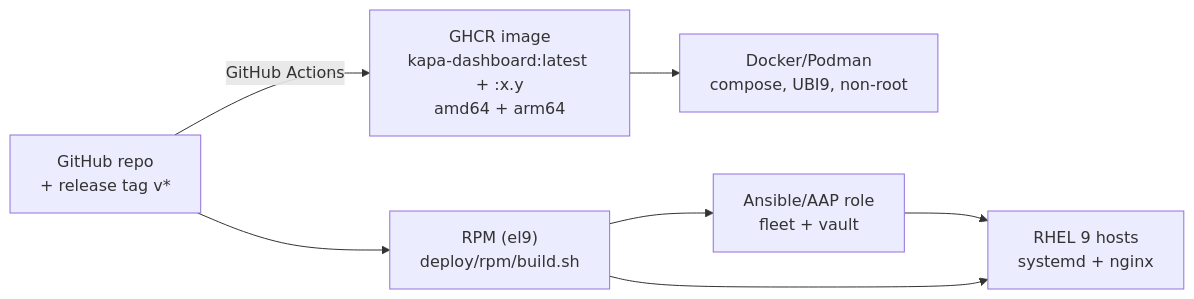
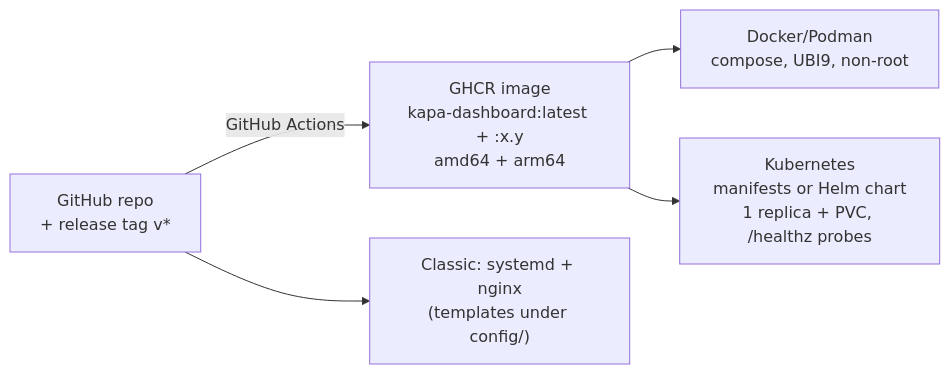
The fifth of 5 diagrams in docs/ARCHITECTURE.en.md (marcobockelbrink/vmware), drawn with Mermaid before and after one commit. The commit also changed other lines of this file and 41 other files, not shown here.

First line of the commit message:
Deployment: RPM + Ansible eingestellt, Kubernetes neu (Manifeste + Helm)

````diff
--- a/docs/ARCHITECTURE.en.md
+++ b/docs/ARCHITECTURE.en.md
@@ -193,10 +193,8 @@
 ```mermaid
 flowchart LR
     GH["GitHub repo<br/>+ release tag v*"]
     GH -->|GitHub Actions| IMG["GHCR image<br/>kapa-dashboard:latest + :x.y<br/>amd64 + arm64"]
-    GH --> RPM["RPM (el9)<br/>deploy/rpm/build.sh"]
-    RPM --> ANS["Ansible/AAP role<br/>fleet + vault"]
     IMG --> DOCK["Docker/Podman<br/>compose, UBI9, non-root"]
-    RPM --> HOSTS["RHEL 9 hosts<br/>systemd + nginx"]
-    ANS --> HOSTS
+    IMG --> K8S["Kubernetes<br/>manifests or Helm chart<br/>1 replica + PVC, /healthz probes"]
+    GH --> HOSTS["Classic: systemd + nginx<br/>(templates under config/)"]
 ```
````
